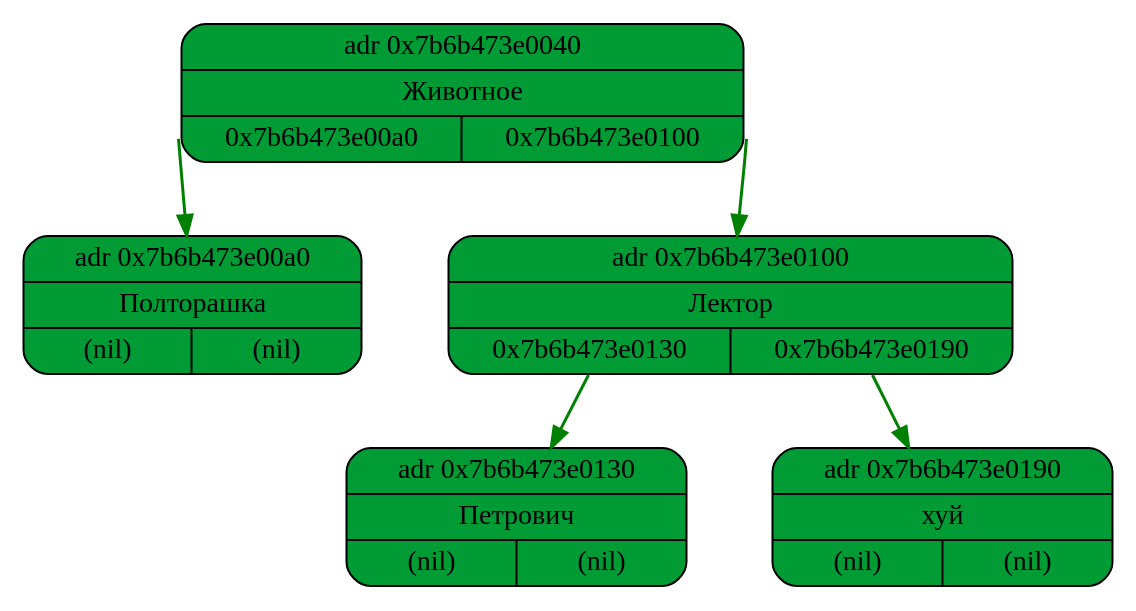
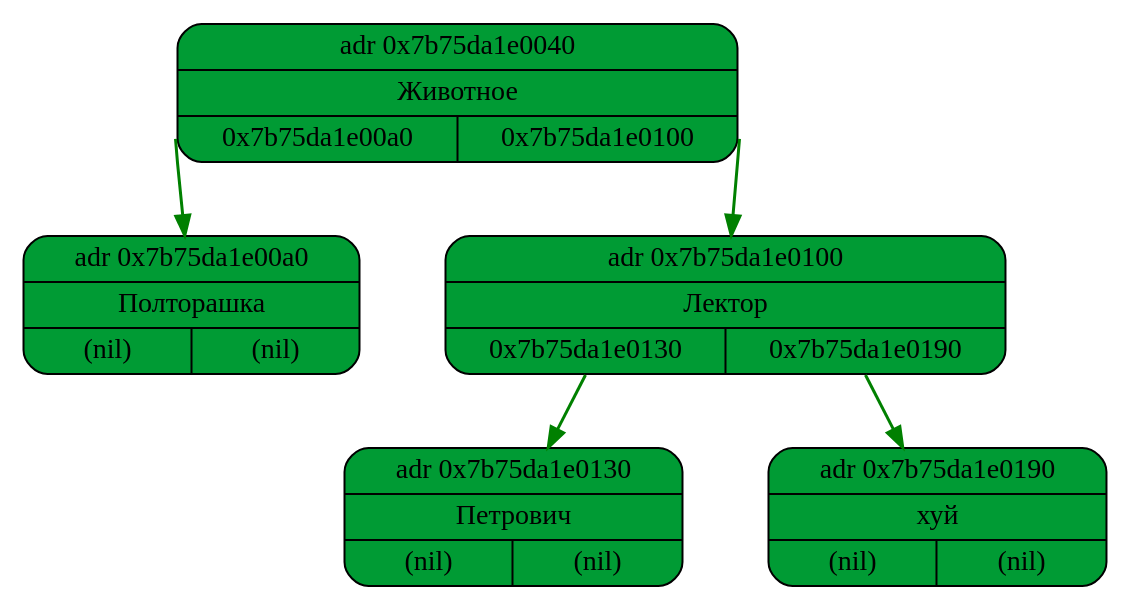
The diagram in log/graphviz_file.dot (evanvd/akinator), drawn with Graphviz before and after one commit. The commit also changed 9 other files, not shown here.

```diff
--- a/log/graphviz_file.dot
+++ b/log/graphviz_file.dot
@@ -1,14 +1,14 @@
 digraph {
 graph [rankdir=TB, splines=polyline, nodesep=0.6];
 node [shape=record, style="filled, rounded", fillcolor="#009b34ff", height=0.8];
 edge [color="#008000", penwidth=1.5, arrowhead = normal];
-node1 [label="{ adr 0x7b6b473e0040 | Животное | {<L> 0x7b6b473e00a0| <R> 0x7b6b473e0100}}"];
+node1 [label="{ adr 0x7b75da1e0040 | Животное | {<L> 0x7b75da1e00a0| <R> 0x7b75da1e0100}}"];
 node1:<L>->node2
-node2 [label="{ adr 0x7b6b473e00a0 | Полторашка | {<L> (nil)| <R> (nil)}}"];
+node2 [label="{ adr 0x7b75da1e00a0 | Полторашка | {<L> (nil)| <R> (nil)}}"];
 node1:<R>->node3
-node3 [label="{ adr 0x7b6b473e0100 | Лектор | {<L> 0x7b6b473e0130| <R> 0x7b6b473e0190}}"];
+node3 [label="{ adr 0x7b75da1e0100 | Лектор | {<L> 0x7b75da1e0130| <R> 0x7b75da1e0190}}"];
 node3:<L>->node4
-node4 [label="{ adr 0x7b6b473e0130 | Петрович | {<L> (nil)| <R> (nil)}}"];
+node4 [label="{ adr 0x7b75da1e0130 | Петрович | {<L> (nil)| <R> (nil)}}"];
 node3:<R>->node5
-node5 [label="{ adr 0x7b6b473e0190 | хуй | {<L> (nil)| <R> (nil)}}"];
+node5 [label="{ adr 0x7b75da1e0190 | хуй | {<L> (nil)| <R> (nil)}}"];
 }
```
